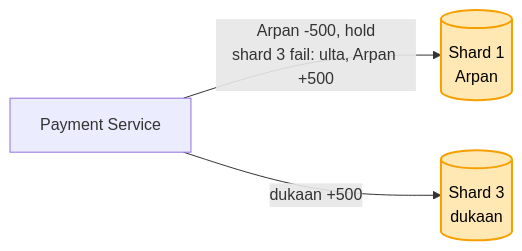
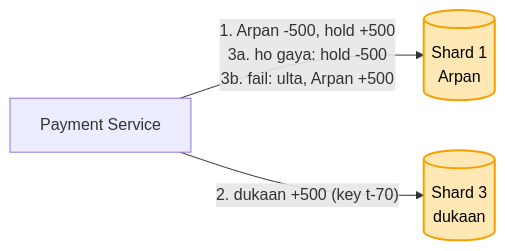
One commit to ArpanMaheshwari144/Prep changed the seventh of 7 diagrams in 04_HLD/SYSTEM_DESIGNS/06_payment_system/06_payment_system.md. Above: the diagram before and after it, drawn with Mermaid. The commit also changed other lines of this file and 19 other files, not shown here.

````diff
--- a/04_HLD/SYSTEM_DESIGNS/06_payment_system/06_payment_system.md
+++ b/04_HLD/SYSTEM_DESIGNS/06_payment_system/06_payment_system.md
@@ -340,7 +341,7 @@
 ```mermaid
 flowchart LR
-    S["Payment Service"] -- "Arpan -500, hold<br/>shard 3 fail: ulta, Arpan +500" --> S1[("Shard 1<br/>Arpan")]
-    S -- "dukaan +500" --> S3[("Shard 3<br/>dukaan")]
+    S["Payment Service"] -- "1. Arpan -500, hold +500<br/>3a. ho gaya: hold -500<br/>3b. fail: ulta, Arpan +500" --> S1[("Shard 1<br/>Arpan")]
+    S -- "2. dukaan +500 (key t-70)" --> S3[("Shard 3<br/>dukaan")]
     style S1 fill:#ffe8b3,stroke:#f59f00,stroke-width:2px,color:#000
     style S3 fill:#ffe8b3,stroke:#f59f00,stroke-width:2px,color:#000
 ```
````
